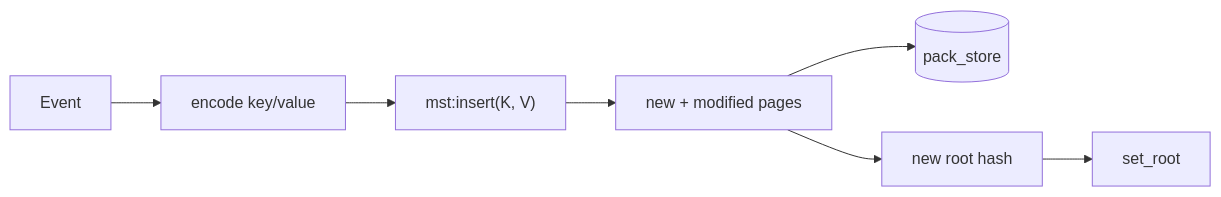
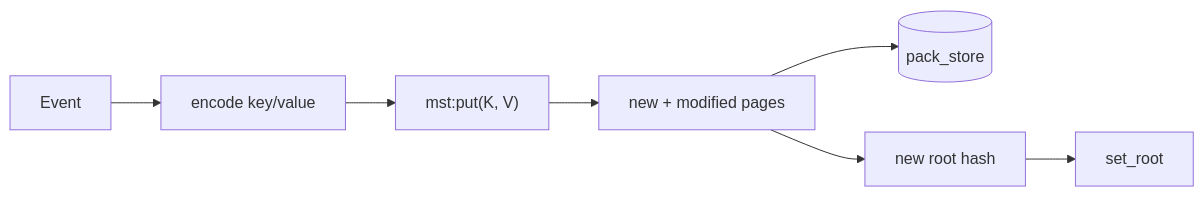
One commit to bondy-io/bondy changed the ninth of 11 diagrams in apps/bondy_mst/doc_extras/architecture/02_bondy_mst.md. Above: the diagram before and after it, drawn with Mermaid. The commit also changed other lines of this file and 55 other files, not shown here.

````diff
--- a/apps/bondy_mst/doc_extras/architecture/02_bondy_mst.md
+++ b/apps/bondy_mst/doc_extras/architecture/02_bondy_mst.md
@@ -393,9 +398,9 @@
 ```mermaid
 flowchart LR
     EV[Event] --> ENC[encode key/value]
-    ENC --> INS["mst:insert(K, V)"]
+    ENC --> INS["mst:put(K, V)"]
     INS --> PAGES[new + modified pages]
     PAGES --> STORE[(pack_store)]
     PAGES --> ROOT[new root hash]
     ROOT --> SR[set_root]
 ```
````
